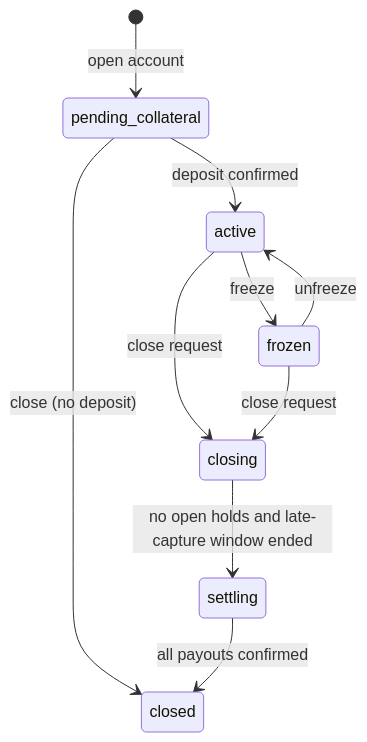
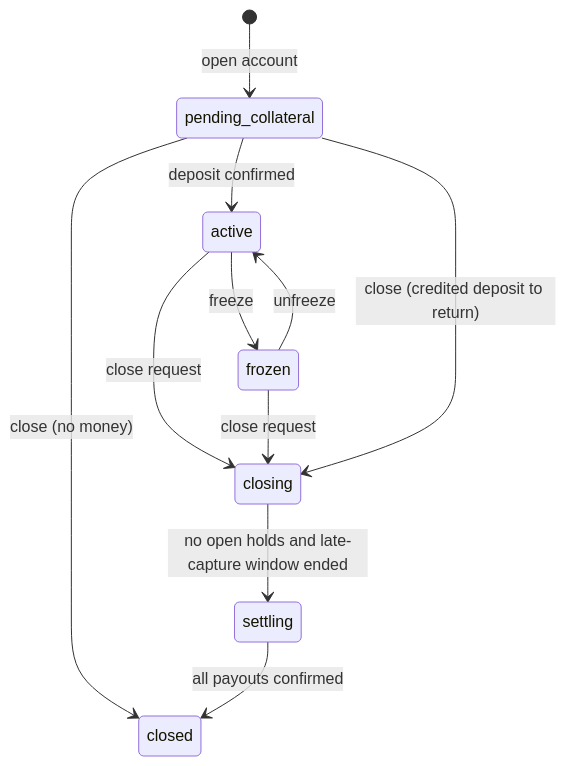
Before and after one commit to hacu9/beloz-challenge: the third of 3 diagrams in docs/architecture.md, drawn with Mermaid. The commit also changed other lines of this file and 18 other files, not shown here.

````diff
--- a/docs/architecture.md
+++ b/docs/architecture.md
@@ -196,12 +198,13 @@
 ```mermaid
 stateDiagram-v2
   [*] --> pending_collateral: open account
   pending_collateral --> active: deposit confirmed
   active --> frozen: freeze
   frozen --> active: unfreeze
   active --> closing: close request
   frozen --> closing: close request
-  pending_collateral --> closed: close (no deposit)
+  pending_collateral --> closed: close (no money)
+  pending_collateral --> closing: close (credited deposit to return)
   closing --> settling: no open holds and late-capture window ended
   settling --> closed: all payouts confirmed
 ```
````
